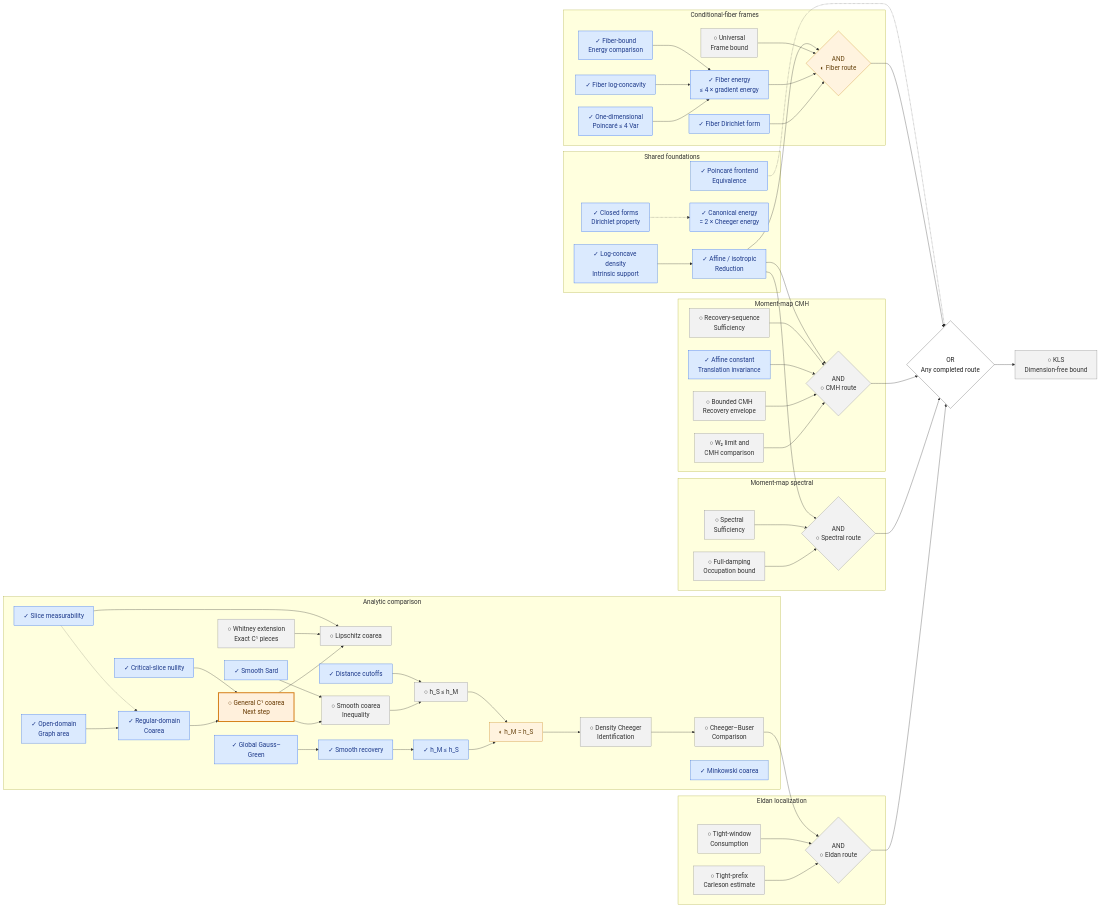
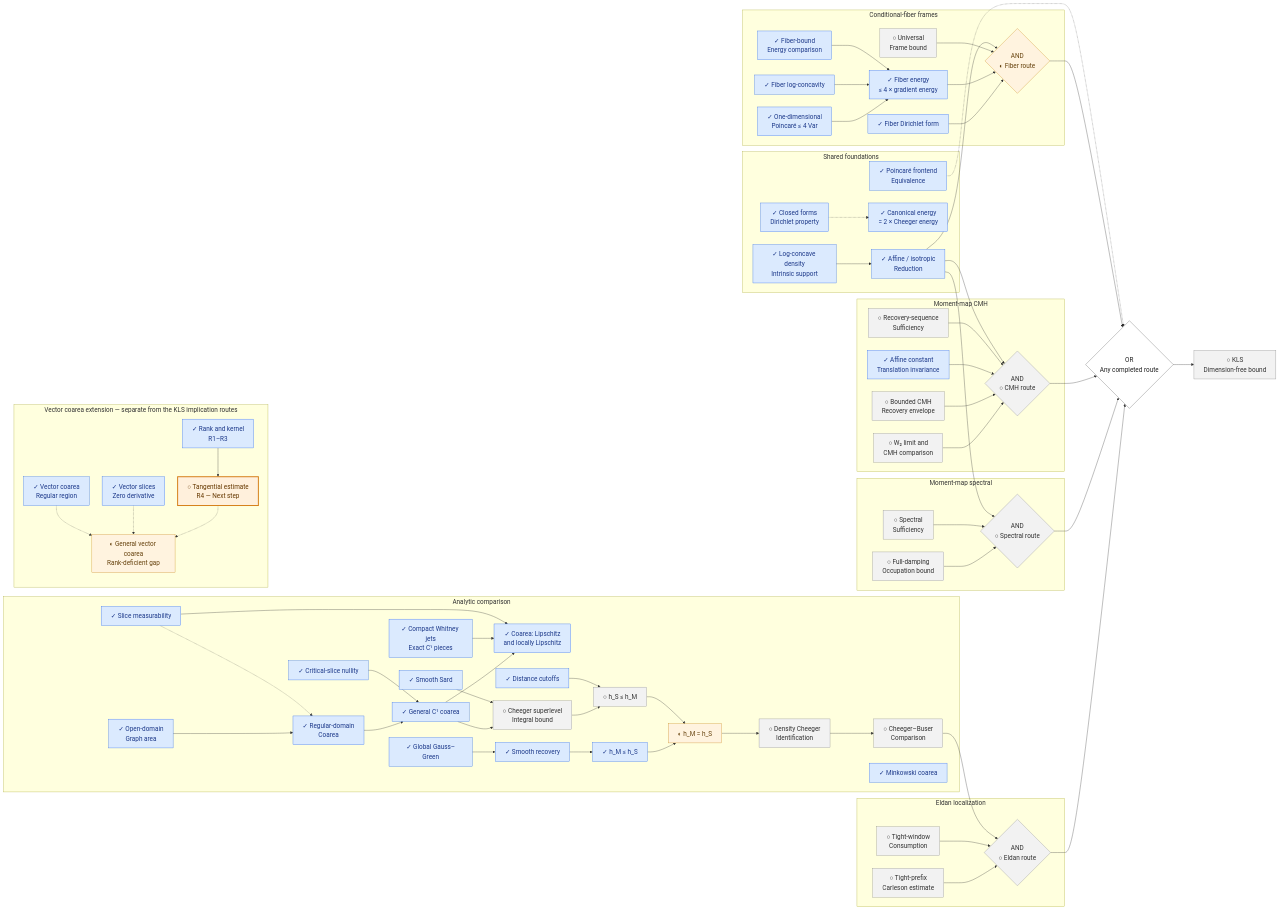
Before and after one commit to human-ai-mathematics/kls-lean: the diagram in research/progress/TREE.mmd, drawn with Mermaid. The commit also changed 137 other files, not shown here.

Commit message:
feat: complete scalar coarea and advance vector coarea foundations [skip ci]

```diff
--- a/research/progress/TREE.mmd
+++ b/research/progress/TREE.mmd
@@ -12,14 +12,14 @@
     GRAPH["✓ Open-domain<br/>Graph area"]
     REG["✓ Regular-domain<br/>Coarea"]
     CRIT["✓ Critical-slice nullity"]
-    C1["○ General C¹ coarea<br/>Next step"]
-    WHIT["○ Whitney extension<br/>Exact C¹ pieces"]
-    LIP["○ Lipschitz coarea"]
+    C1["✓ General C¹ coarea"]
+    WHIT["✓ Compact Whitney jets<br/>Exact C¹ pieces"]
+    LIP["✓ Coarea: Lipschitz<br/>and locally Lipschitz"]
     GG["✓ Global Gauss–Green"]
     REC["✓ Smooth recovery"]
     FWD["✓ h_M ≤ h_S"]
     SARD["✓ Smooth Sard"]
-    SCI["○ Smooth coarea<br/>Inequality"]
+    SCI["○ Cheeger superlevel<br/>Integral bound"]
     CUT["✓ Distance cutoffs"]
     REV["○ h_S ≤ h_M"]
     EQ["◐ h_M = h_S"]
@@ -52,6 +52,13 @@
     FC["✓ Fiber Dirichlet form"]
     FG["○ Universal<br/>Frame bound"]
     FAND{"AND<br/>◐ Fiber route"}
+    end
+    subgraph VECTOR["Vector coarea extension — separate from the KLS implication routes"]
+    VREG["✓ Vector coarea<br/>Regular region"]
+    VZERO["✓ Vector slices<br/>Zero derivative"]
+    VR123["✓ Rank and kernel<br/>R1–R3"]
+    VR4["○ Tangential estimate<br/>R4 — Next step"]
+    VFULL["◐ General vector coarea<br/>Rank-deficient gap"]
     end
     KLS["○ KLS<br/>Dimension-free bound"]
     ANY{"OR<br/>Any completed route"}
@@ -98,14 +105,18 @@
     FAND --> ANY
     ANY --> KLS
     CONST -.-> ANY
+    VR123 --> VR4
+    VREG -.-> VFULL
+    VZERO -.-> VFULL
+    VR4 -.-> VFULL
     classDef done fill:#dbeafe,stroke:#2563eb,color:#1e3a8a;
-    class ENERGY,F4,MT,FP,FC,NORM,DENS,ONE,CONST,FORMS,MEAS,GRAPH,REG,CRIT,GG,REC,FWD,SARD,CUT,MINK,FLOG done;
+    class ENERGY,F4,MT,FP,FC,NORM,DENS,ONE,CONST,FORMS,MEAS,GRAPH,REG,CRIT,C1,WHIT,LIP,GG,REC,FWD,SARD,CUT,MINK,FLOG,VREG,VZERO,VR123 done;
     classDef partial fill:#fff3df,stroke:#c88719,color:#66420d;
-    class EQ,FAND partial;
+    class EQ,FAND,VFULL partial;
     classDef todo fill:#f2f2f2,stroke:#888,color:#333;
-    class MG,EG,KLS,MC,EC,SC,FG,SG,MH,FRONT,CB,WHIT,LIP,SCI,REV,EAND,SAND,MAND todo;
+    class MG,EG,KLS,MC,EC,SC,FG,SG,MH,FRONT,CB,SCI,REV,EAND,SAND,MAND todo;
     classDef focus fill:#fff0dc,stroke:#d47b13,color:#663800,stroke-width:3px;
-    class C1 focus;
+    class VR4 focus;
     classDef logic fill:#fff,stroke:#555,color:#222;
     class ANY logic;
     click MG href "https://github.com/numina-functional-inequalities/kls-lean/blob/main/formalization/blueprint/src/chapters/50-kls-routes.tex" "Bounded CMH — Recovery envelope" _blank
@@ -133,14 +144,14 @@
     click GRAPH href "https://github.com/numina-functional-inequalities/kls-lean/blob/main/formalization/FunctionalInequalities/Analysis/OpenGraphIntegral.lean" "Open-domain — Graph area" _blank
     click REG href "https://github.com/numina-functional-inequalities/kls-lean/blob/main/formalization/FunctionalInequalities/KLS/Geometry/RegularCoarea.lean" "Regular-domain — Coarea" _blank
     click CRIT href "https://github.com/numina-functional-inequalities/kls-lean/blob/main/formalization/FunctionalInequalities/KLS/Geometry/CriticalSlice.lean" "Critical-slice nullity" _blank
-    click C1 href "https://github.com/numina-functional-inequalities/kls-lean/blob/main/research/decisions/2026-09-15-weighted-coarea-route.md#l11" "General C¹ coarea — Next step" _blank
-    click WHIT href "https://github.com/numina-functional-inequalities/kls-lean/blob/main/research/decisions/2026-09-15-weighted-coarea-route.md#l6" "Whitney extension — Exact C¹ pieces" _blank
-    click LIP href "https://github.com/numina-functional-inequalities/kls-lean/blob/main/research/decisions/2026-09-15-weighted-coarea-route.md#l12" "Lipschitz coarea" _blank
+    click C1 href "https://github.com/numina-functional-inequalities/kls-lean/blob/main/formalization/FunctionalInequalities/KLS/Geometry/SmoothCoarea.lean" "General C¹ coarea" _blank
+    click WHIT href "https://github.com/numina-functional-inequalities/kls-lean/blob/main/research/decisions/2026-09-16-lipschitz-coarea.md" "Compact Whitney jets — Exact C¹ pieces" _blank
+    click LIP href "https://github.com/numina-functional-inequalities/kls-lean/blob/main/formalization/FunctionalInequalities/KLS/Geometry/LocallyLipschitzCoarea.lean" "Coarea: Lipschitz — and locally Lipschitz" _blank
     click GG href "https://github.com/numina-functional-inequalities/kls-lean/blob/main/formalization/FunctionalInequalities/KLS/Geometry/GaussGreen.lean" "Global Gauss–Green" _blank
     click REC href "https://github.com/numina-functional-inequalities/kls-lean/blob/main/formalization/FunctionalInequalities/KLS/Geometry/PerimeterRecovery.lean" "Smooth recovery" _blank
     click FWD href "https://github.com/numina-functional-inequalities/kls-lean/blob/main/formalization/FunctionalInequalities/KLS/Geometry/CheegerInfimum.lean" "h_M ≤ h_S" _blank
     click SARD href "https://github.com/numina-functional-inequalities/kls-lean/blob/main/formalization/FunctionalInequalities/Analysis/SmoothSard.lean" "Smooth Sard" _blank
-    click SCI href "https://github.com/numina-functional-inequalities/kls-lean/blob/main/formalization/FunctionalInequalities/KLS/WIP/CheegerInfimum.lean" "Smooth coarea — Inequality" _blank
+    click SCI href "https://github.com/numina-functional-inequalities/kls-lean/blob/main/formalization/FunctionalInequalities/KLS/WIP/CheegerInfimum.lean" "Cheeger superlevel — Integral bound" _blank
     click CUT href "https://github.com/numina-functional-inequalities/kls-lean/blob/main/formalization/FunctionalInequalities/KLS/Geometry/DistanceCutoff.lean" "Distance cutoffs" _blank
     click REV href "https://github.com/numina-functional-inequalities/kls-lean/blob/main/formalization/FunctionalInequalities/KLS/WIP/CheegerInfimum.lean" "h_S ≤ h_M" _blank
     click EQ href "https://github.com/numina-functional-inequalities/kls-lean/blob/main/formalization/FunctionalInequalities/KLS/WIP/CheegerInfimum.lean" "h_M = h_S" _blank
@@ -151,3 +162,8 @@
     click FLOG href "https://github.com/numina-functional-inequalities/kls-lean/blob/main/formalization/FunctionalInequalities/KLS/LogConcave/ConditionalFiber.lean" "Fiber log-concavity" _blank
     click FAND href "https://github.com/numina-functional-inequalities/kls-lean/blob/main/formalization/blueprint/route-composition.yaml" "AND — Fiber route" _blank
     click ANY href "https://github.com/numina-functional-inequalities/kls-lean/blob/main/formalization/blueprint/route-composition.yaml" "OR — Any completed route" _blank
+    click VREG href "https://github.com/numina-functional-inequalities/kls-lean/blob/main/formalization/FunctionalInequalities/Analysis/VectorRegularCoarea.lean" "Vector coarea — Regular region" _blank
+    click VZERO href "https://github.com/numina-functional-inequalities/kls-lean/blob/main/formalization/FunctionalInequalities/Analysis/VectorCriticalSlice.lean" "Vector slices — Zero derivative" _blank
+    click VR123 href "https://github.com/numina-functional-inequalities/kls-lean/blob/main/research/audits/RightInverseBoundAudit.lean" "Rank and kernel — R1–R3" _blank
+    click VR4 href "https://github.com/numina-functional-inequalities/kls-lean/blob/main/research/audits/RankDeficientRouteStatements.lean" "Tangential estimate — R4 — Next step" _blank
+    click VFULL href "https://github.com/numina-functional-inequalities/kls-lean/blob/main/research/decisions/2026-09-17-rank-deficient-route.md" "General vector coarea — Rank-deficient gap" _blank
```
